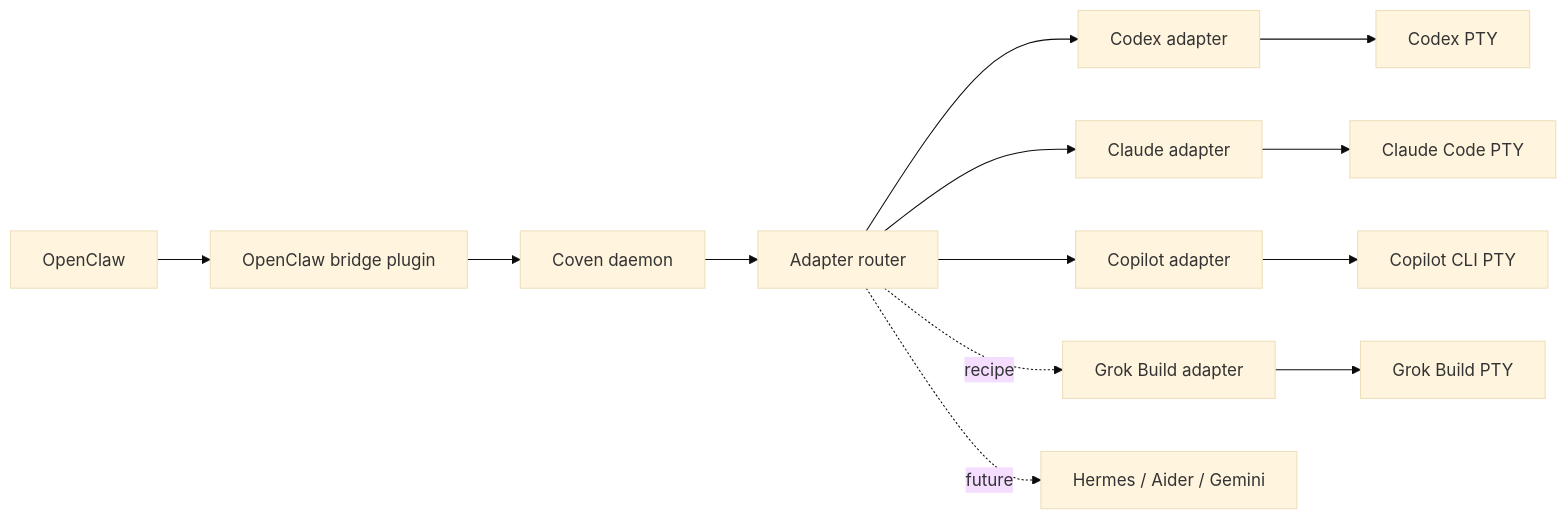
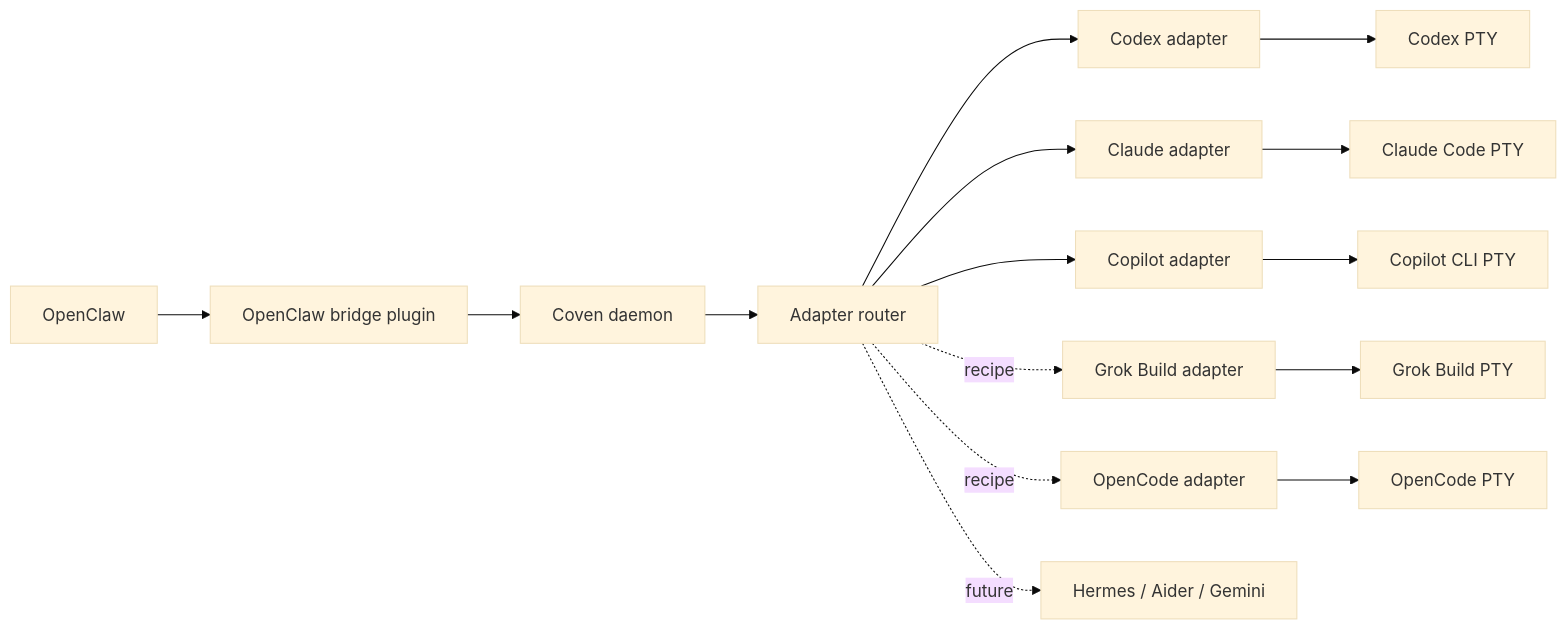
The diagram in docs/harnesses/index.md (OpenCoven/coven), drawn with Mermaid (base theme) before and after one commit. The commit also changed other lines of this file and 6 other files, not shown here.

````diff
--- a/docs/harnesses/index.md
+++ b/docs/harnesses/index.md
@@ -36,15 +39,17 @@
 ```mermaid
 flowchart LR
   Coven[Coven daemon] --> Adapter[Adapter router]
   Adapter --> CodexAdapter[Codex adapter]
   Adapter --> ClaudeAdapter[Claude adapter]
   Adapter --> CopilotAdapter[Copilot adapter]
   Adapter -. recipe .-> GrokAdapter[Grok Build adapter]
+  Adapter -. recipe .-> OpenCodeAdapter[OpenCode adapter]
   Adapter -. future .-> Future[Hermes / Aider / Gemini]
   OpenClaw[OpenClaw] --> Bridge["OpenClaw bridge plugin"]
   Bridge --> Coven
   CodexAdapter --> CodexPty[Codex PTY]
   ClaudeAdapter --> ClaudePty[Claude Code PTY]
   CopilotAdapter --> CopilotPty[Copilot CLI PTY]
   GrokAdapter --> GrokPty[Grok Build PTY]
+  OpenCodeAdapter --> OpenCodePty[OpenCode PTY]
 ```
````
